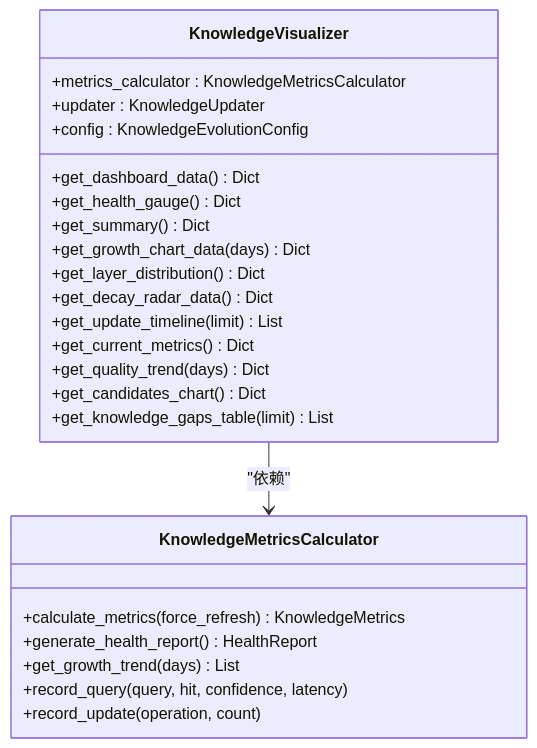
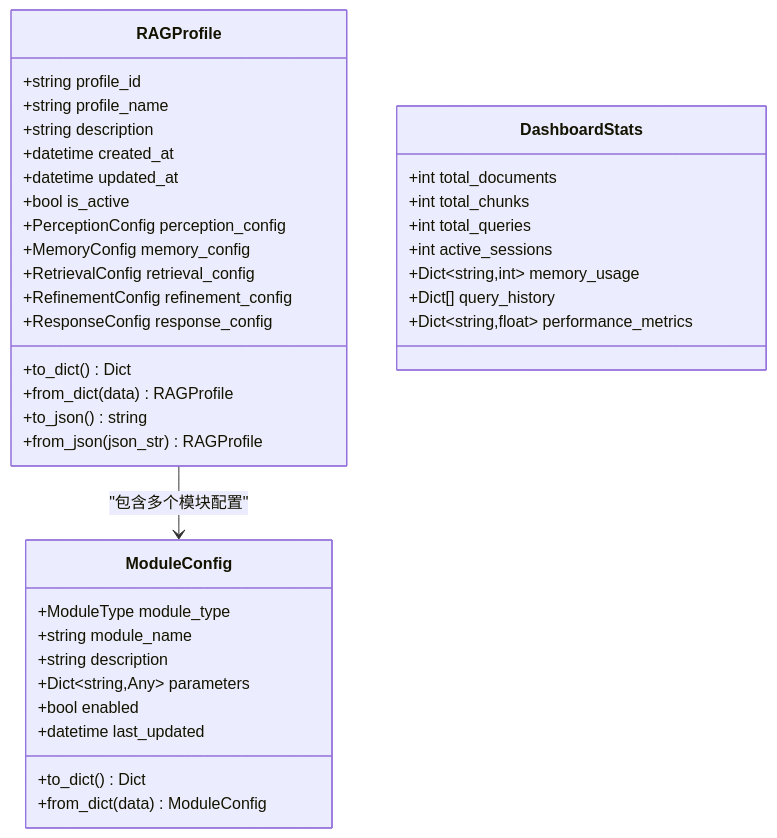
The fifth of 7 diagrams in .qoder/repowiki/zh/content/仪表板系统/仪表板系统.md (JieGaoPrinceton/NecoRAG), drawn with Mermaid before and after one commit. The commit also changed other lines of this file and 222 other files, not shown here.

````diff
--- a/.qoder/repowiki/zh/content/仪表板系统/仪表板系统.md
+++ b/.qoder/repowiki/zh/content/仪表板系统/仪表板系统.md
@@ -427,27 +209,40 @@
 ```mermaid
 classDiagram
-class KnowledgeVisualizer {
-+metrics_calculator : KnowledgeMetricsCalculator
-+updater : KnowledgeUpdater
-+config : KnowledgeEvolutionConfig
-+get_dashboard_data() Dict
-+get_health_gauge() Dict
-+get_summary() Dict
-+get_growth_chart_data(days) Dict
-+get_layer_distribution() Dict
-+get_decay_radar_data() Dict
-+get_update_timeline(limit) List
-+get_current_metrics() Dict
-+get_quality_trend(days) Dict
-+get_candidates_chart() Dict
-+get_knowledge_gaps_table(limit) List
+class RAGProfile {
++string profile_id
++string profile_name
++string description
++datetime created_at
++datetime updated_at
++bool is_active
++PerceptionConfig perception_config
++MemoryConfig memory_config
++RetrievalConfig retrieval_config
++RefinementConfig refinement_config
++ResponseConfig response_config
++to_dict() Dict
++from_dict(data) RAGProfile
++to_json() string
++from_json(json_str) RAGProfile
 }
-class KnowledgeMetricsCalculator {
-+calculate_metrics(force_refresh) KnowledgeMetrics
-+generate_health_report() HealthReport
-+get_growth_trend(days) List
-+record_query(query, hit, confidence, latency)
-+record_update(operation, count)
+class ModuleConfig {
++ModuleType module_type
++string module_name
++string description
++Dict~string,Any~ parameters
++bool enabled
++datetime last_updated
++to_dict() Dict
++from_dict(data) ModuleConfig
 }
-KnowledgeVisualizer --> KnowledgeMetricsCalculator : "依赖"
+class DashboardStats {
++int total_documents
++int total_chunks
++int total_queries
++int active_sessions
++Dict~string,int~ memory_usage
++Dict[] query_history
++Dict~string,float~ performance_metrics
+}
+RAGProfile --> ModuleConfig : "包含多个模块配置"
 ```
````
